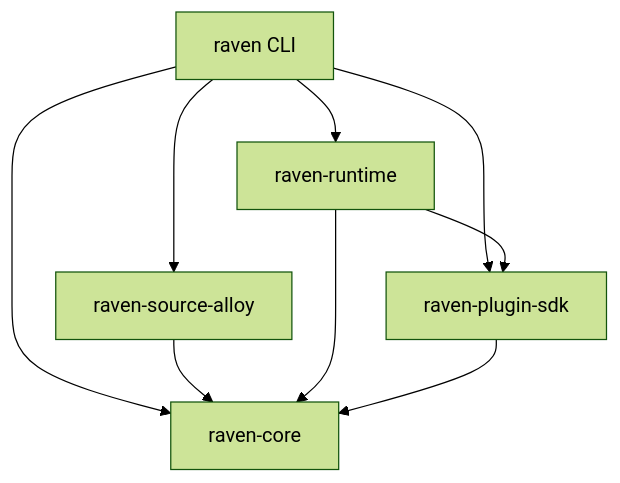
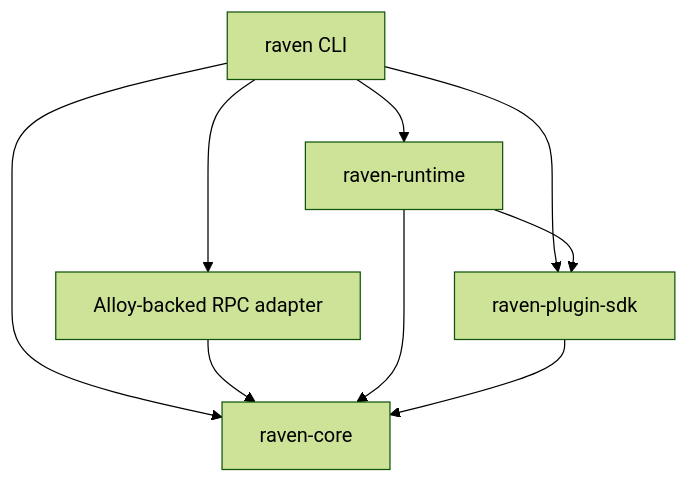
One commit to abhi3700/raven changed the first of 7 diagrams in docs/concepts/architecture.mdx. Above: the diagram before and after it, drawn with Mermaid (forest theme). The commit also changed other lines of this file and 14 other files, not shown here.

````diff
--- a/docs/concepts/architecture.mdx
+++ b/docs/concepts/architecture.mdx
@@ -21,11 +21,11 @@
 ```mermaid
 flowchart TD
-    ravenCli["raven CLI"] --> alloySource["raven-source-alloy"]
+    ravenCli["raven CLI"] --> alloySource["Alloy-backed RPC adapter"]
     ravenCli --> runtimeCrate["raven-runtime"]
     ravenCli --> pluginSdk["raven-plugin-sdk"]
     ravenCli --> coreCrate["raven-core"]
     alloySource --> coreCrate
     runtimeCrate --> pluginSdk
     runtimeCrate --> coreCrate
     pluginSdk --> coreCrate
 ```
````
